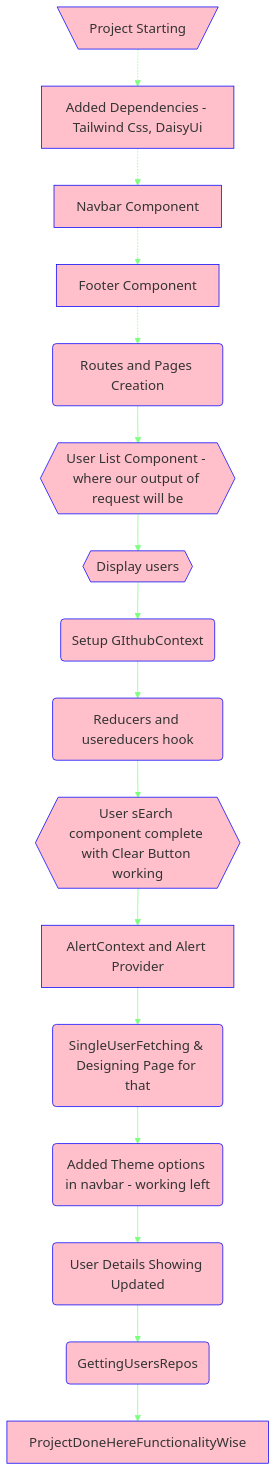
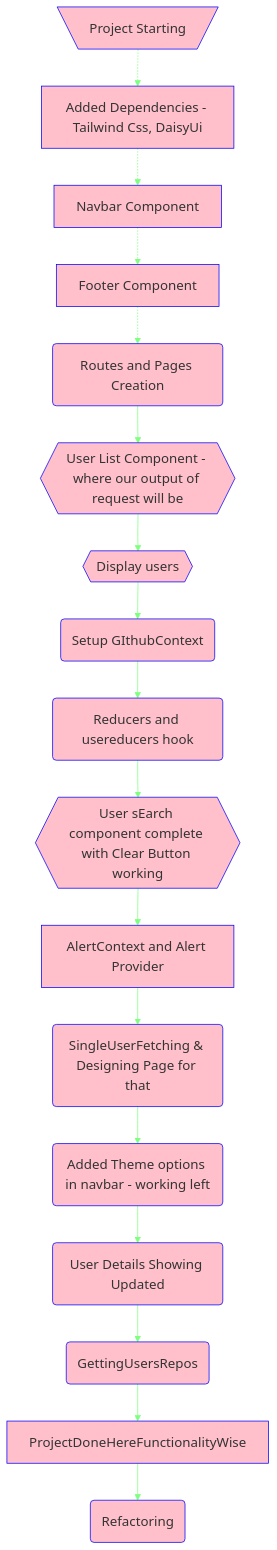
Before and after one commit to imnakul/Github-Finder_using_Vite.js: the diagram in README.md, drawn with Mermaid. The commit also changed 4 other files, not shown here.

````diff
--- a/README.md
+++ b/README.md
@@ -19,22 +19,23 @@
 ```mermaid
 %%{init: {'theme': 'base', 'themeVariables': { 'fontSize': '18px', 'fontFamily': 'Algerian' , 'primaryBorderColor': 'blue' , 'background' : 'purple', 'mainBkg': 'pink'}}}%%
 flowchart TD
    1[\Project Starting/]
    -.-> 2[Added Dependencies - Tailwind Css, DaisyUi ]
    -.-> 3[Navbar Component]
    -.-> 4[Footer Component]
    -.-> 5
     5(Routes and Pages Creation) --> B
     B{{User List Component - where our output of request will be }}
     B --> C{{Display users }}
      --> D( Setup GIthubContext)
      --> E(Reducers and usereducers hook )
      --> F{{User sEarch component complete with Clear Button working }}
      --> G[AlertContext and Alert Provider ]
      --> M(SingleUserFetching & Designing Page for that )
      --> N(Added Theme options in navbar - working left  )
      --> O(User Details Showing Updated )
      --> P(GettingUsersRepos )
      --> Q[ProjectDoneHereFunctionalityWise]
+     --> R(Refactoring)
 
 ```
````
